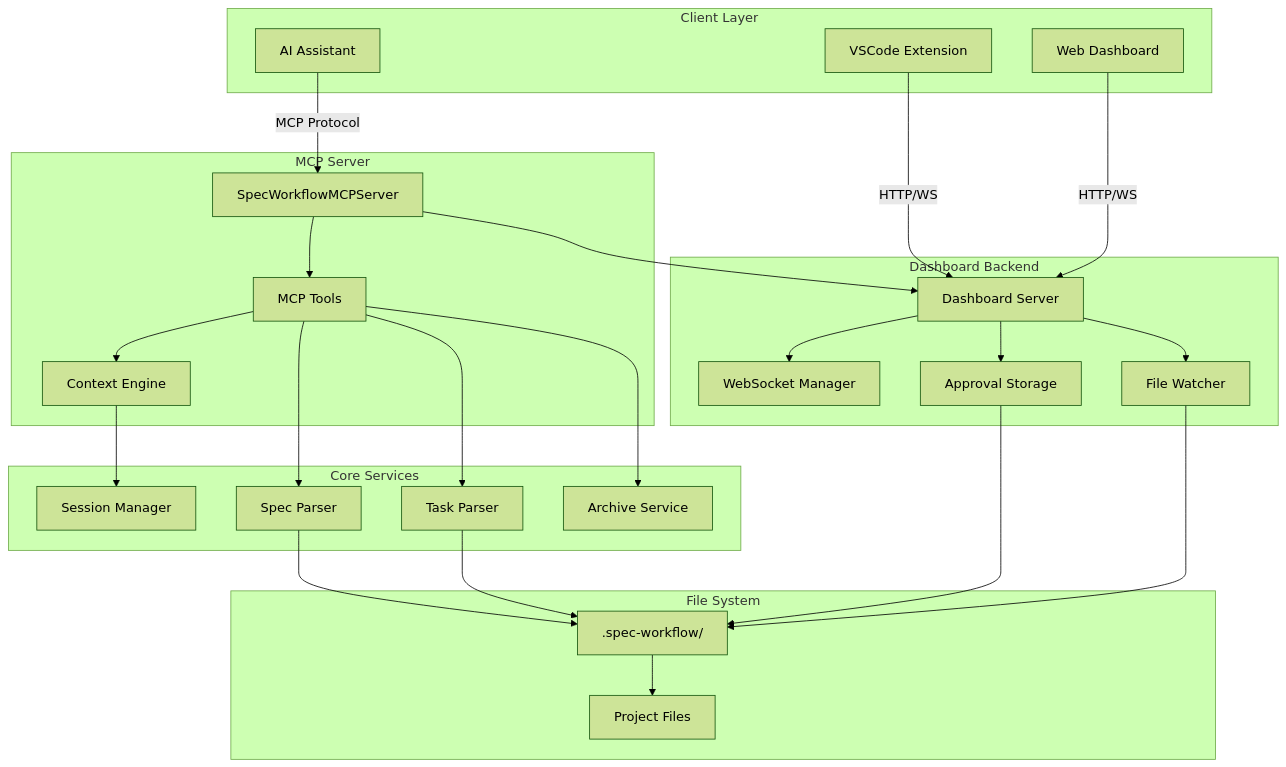
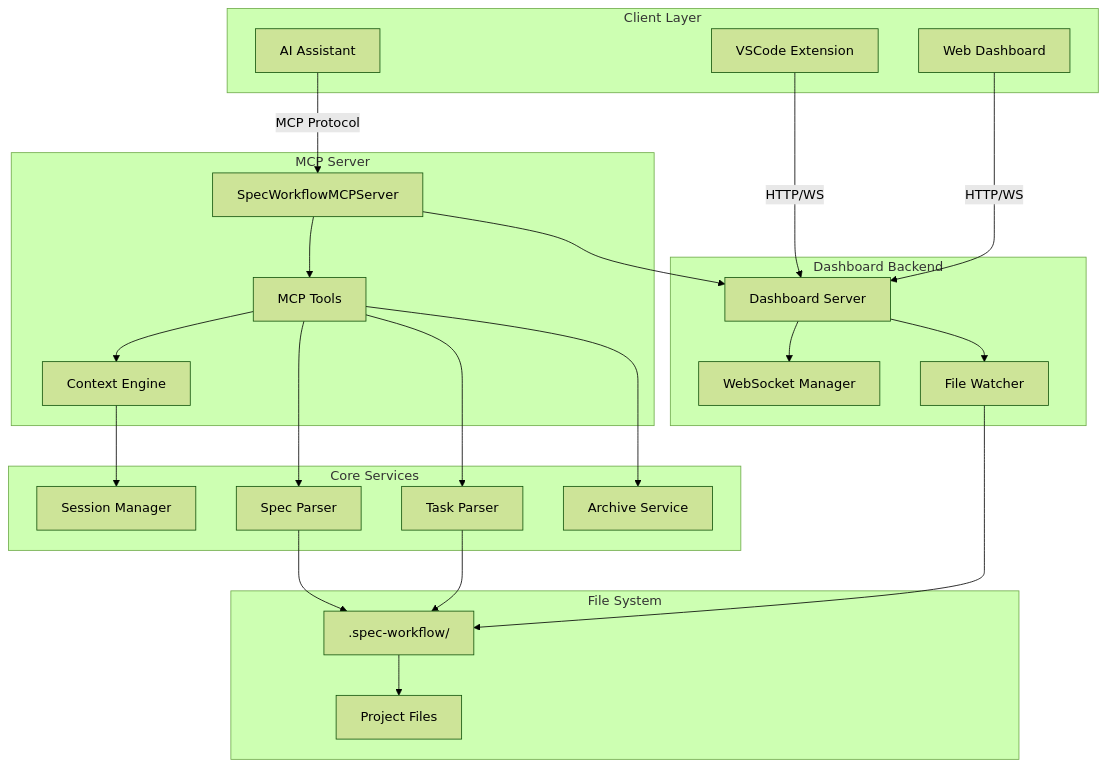
The first of 4 diagrams in docs/technical-documentation/architecture.md (sana3419/spec-workflow-mcp), drawn with Mermaid (forest theme) before and after one commit. The commit also changed other lines of this file and 26 other files, not shown here.

````diff
--- a/docs/technical-documentation/architecture.md
+++ b/docs/technical-documentation/architecture.md
@@ -9,56 +9,53 @@
 ```mermaid
 graph TB
     subgraph "Client Layer"
         AI[AI Assistant]
         VS[VSCode Extension] 
         WEB[Web Dashboard]
     end
     
     subgraph "MCP Server"
         SERVER[SpecWorkflowMCPServer]
         TOOLS[MCP Tools]
         CONTEXT[Context Engine]
     end
     
     subgraph "Core Services"
         SESSION[Session Manager]
         PARSER[Spec Parser]
         TASKS[Task Parser]
         ARCHIVE[Archive Service]
     end
     
     subgraph "Dashboard Backend"
         DASH[Dashboard Server]
         WS[WebSocket Manager]
-        APPROVAL[Approval Storage]
         WATCHER[File Watcher]
     end
     
     subgraph "File System"
         FS[Project Files]
         WORKFLOW[.spec-workflow/]
     end
     
     AI -->|MCP Protocol| SERVER
     VS -->|HTTP/WS| DASH
     WEB -->|HTTP/WS| DASH
     
     SERVER --> TOOLS
     TOOLS --> CONTEXT
     CONTEXT --> SESSION
     
     SERVER --> DASH
     DASH --> WS
-    DASH --> APPROVAL
     DASH --> WATCHER
     
     TOOLS --> PARSER
     TOOLS --> TASKS
     TOOLS --> ARCHIVE
     
     PARSER --> WORKFLOW
     TASKS --> WORKFLOW
-    APPROVAL --> WORKFLOW
     WATCHER --> WORKFLOW
     WORKFLOW --> FS
 ```
````
